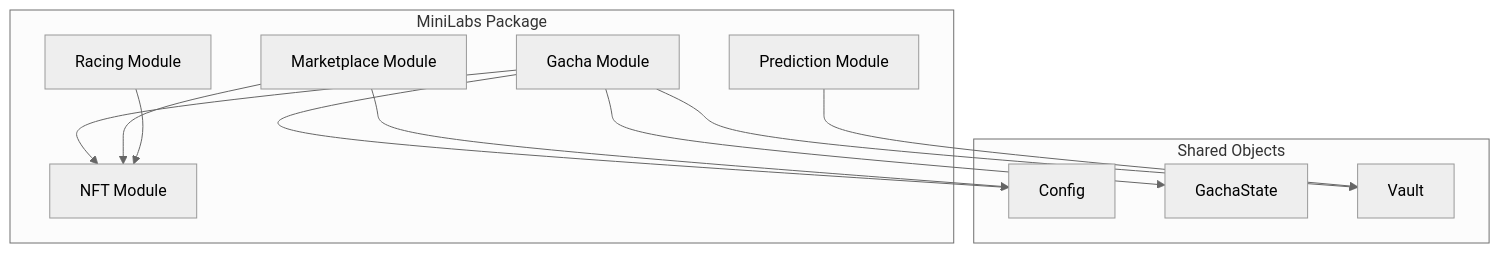
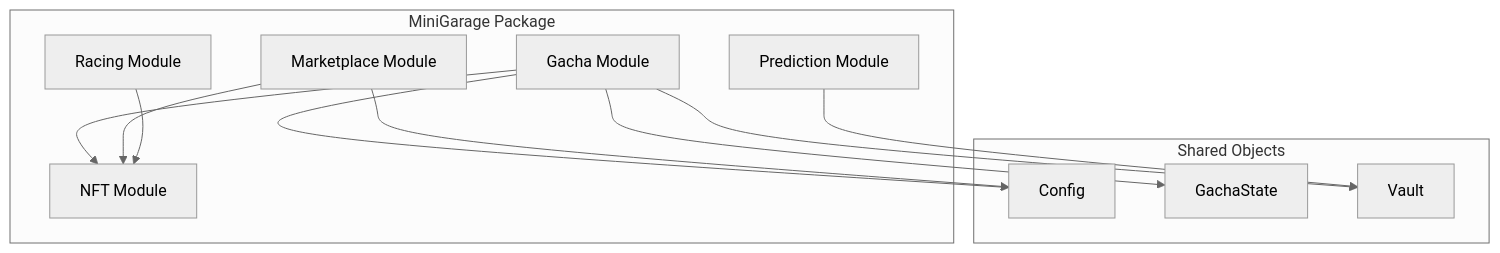
The first of 2 diagrams in docs/architecture/smart-contracts.md (MiniLabsTeam/frontend), drawn with Mermaid (neutral theme) before and after one commit. The commit also changed other lines of this file and 21 other files, not shown here.

Commit message:
fix: Update MiniGarage in docs

````diff
--- a/docs/architecture/smart-contracts.md
+++ b/docs/architecture/smart-contracts.md
@@ -7,25 +7,25 @@
 ```mermaid
 graph TB
-    subgraph MiniLabs Package
+    subgraph MiniGarage Package
         A[Gacha Module]
         B[Marketplace Module]
         C[Racing Module]
         D[Prediction Module]
         E[NFT Module]
     end
 
     subgraph Shared Objects
         F[Config]
         G[GachaState]
         H[Vault]
     end
 
     A --> E
     A --> G
     A --> H
     B --> E
     C --> E
     D --> H
     A --> F
     B --> F
 ```
````
